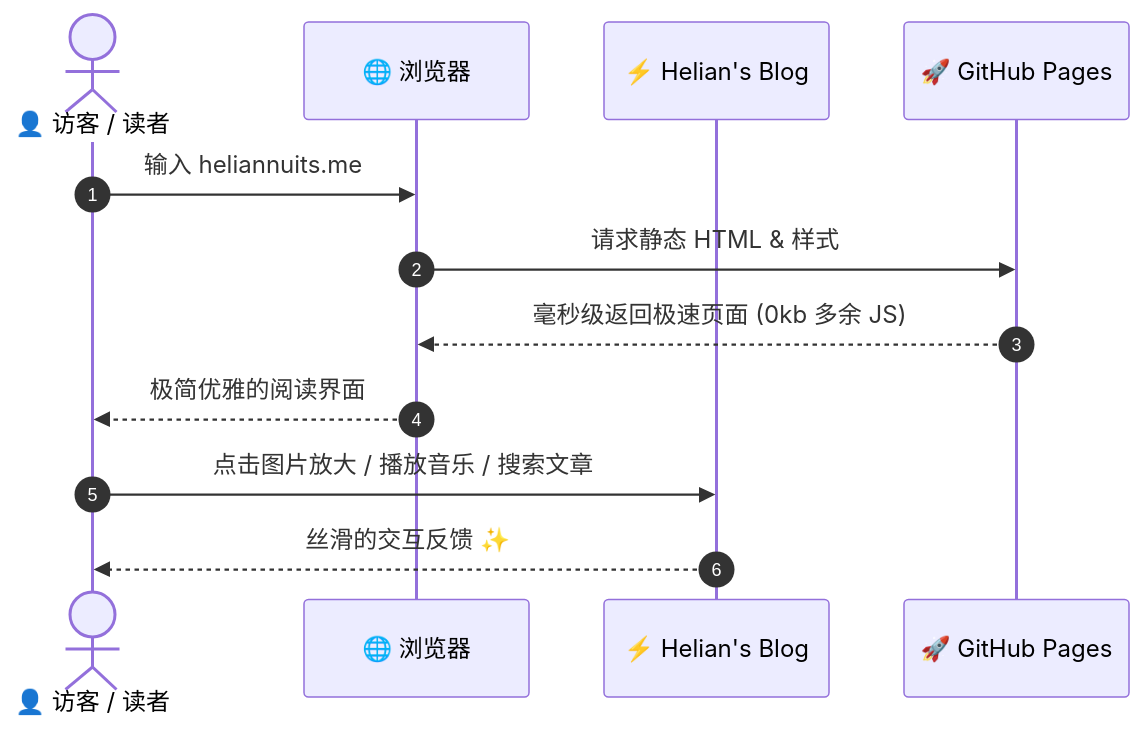
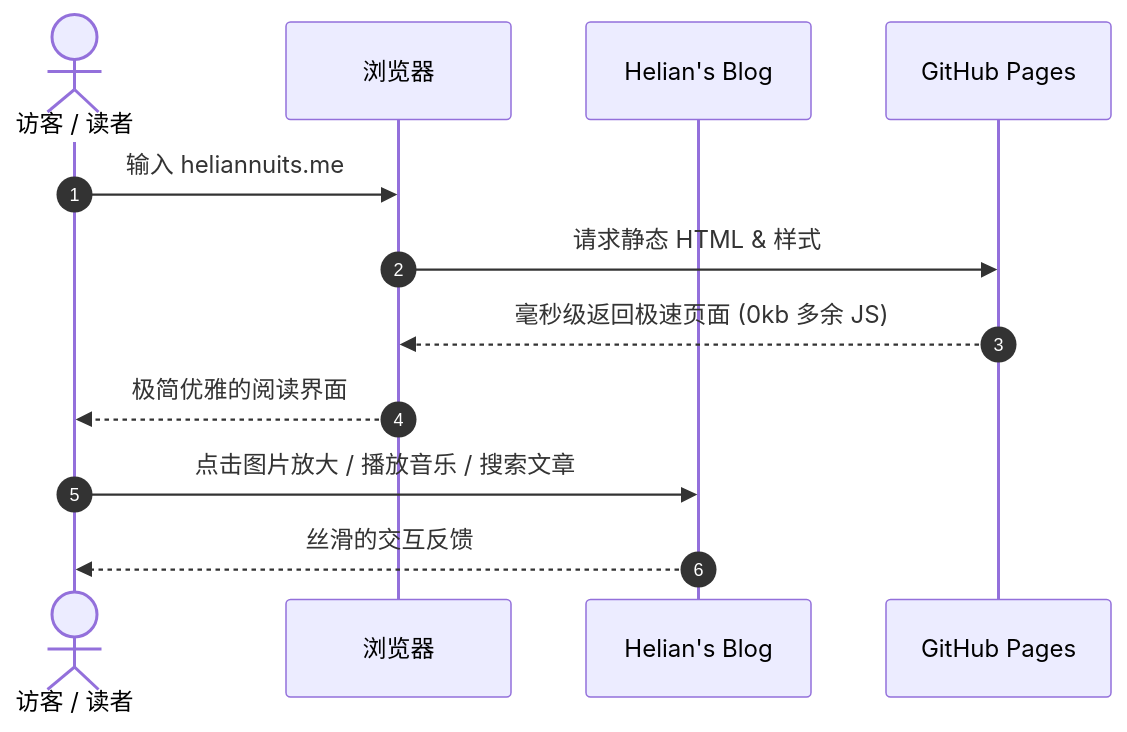
The diagram in src/content/posts/demo-showcase.mdx (SXP-Simon/SXP-Simon.github.io), drawn with Mermaid before and after one commit. The commit also changed other lines of this file and 3 other files, not shown here.

````diff
--- a/src/content/posts/demo-showcase.mdx
+++ b/src/content/posts/demo-showcase.mdx
@@ -204,15 +220,15 @@
 ```mermaid
 sequenceDiagram
     autonumber
-    actor 读者 as 👤 访客 / 读者
-    participant 浏览器 as 🌐 浏览器
-    participant 博客 as ⚡️ Helian's Blog
-    participant 部署 as 🚀 GitHub Pages
+    actor 读者 as 访客 / 读者
+    participant 浏览器 as 浏览器
+    participant 博客 as Helian's Blog
+    participant 部署 as GitHub Pages
 
     读者->>浏览器: 输入 heliannuits.me
     浏览器->>部署: 请求静态 HTML & 样式
     部署-->>浏览器: 毫秒级返回极速页面 (0kb 多余 JS)
     浏览器-->>读者: 极简优雅的阅读界面
     读者->>博客: 点击图片放大 / 播放音乐 / 搜索文章
-    博客-->>读者: 丝滑的交互反馈 ✨
+    博客-->>读者: 丝滑的交互反馈
 ```
````
